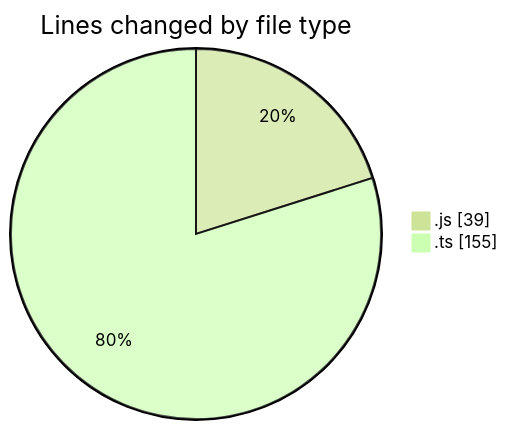
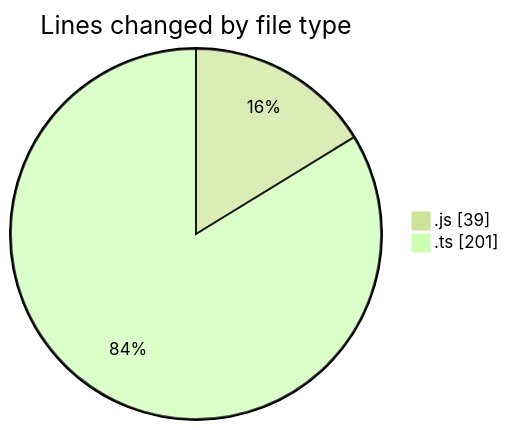
The first of 2 diagrams in 2025-06-19/cda/README.md (momahboobian/code-tracking), drawn with Mermaid (forest theme) before and after one commit. The commit also changed other lines of this file and 1 other file, not shown here.

````diff
--- a/2025-06-19/cda/README.md
+++ b/2025-06-19/cda/README.md
@@ -22,6 +22,6 @@
 ```mermaid
 pie showData
 title Lines changed by file type
 ".js" : 39
-".ts" : 155
+".ts" : 201
 ```
````
